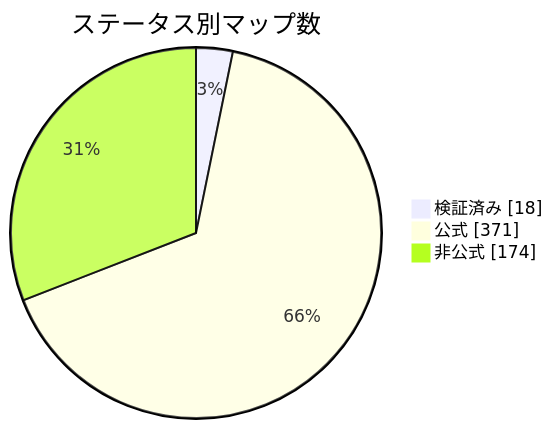
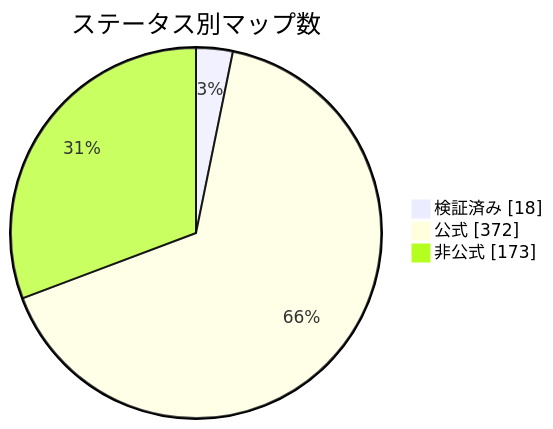
Before and after one commit to nobrega8/mbmap-library: the diagram in docs/readme/README_JP.md, drawn with Mermaid. The commit also changed 6 other files, not shown here.

````diff
--- a/docs/readme/README_JP.md
+++ b/docs/readme/README_JP.md
@@ -54,7 +54,7 @@
 ```mermaid
 pie showData
     title ステータス別マップ数
     "検証済み" : 18
-    "公式" : 371
-    "非公式" : 174
+    "公式" : 372
+    "非公式" : 173
 ```
````
